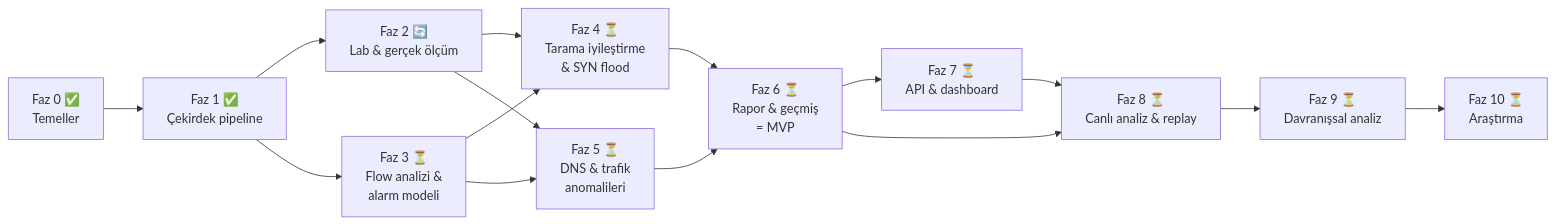
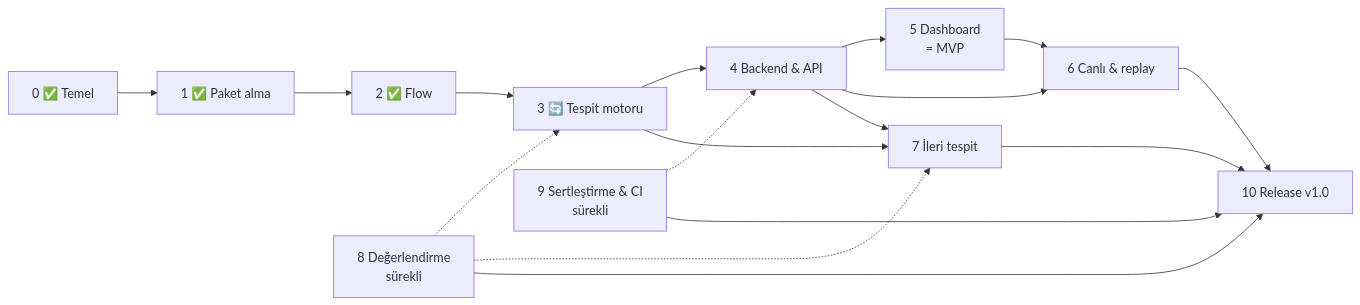
Before and after one commit to furkan-akkaya/NetGuard: the diagram in ROADMAP.md, drawn with Mermaid. The commit also changed other lines of this file and 14 other files, not shown here.

First line of the commit message:
docs: document v0.2.0 flows, readers and the restructured roadmap

````diff
--- a/ROADMAP.md
+++ b/ROADMAP.md
@@ -84,17 +69,19 @@
 ```mermaid
 flowchart LR
-    F0[Faz 0 ✅<br/>Temeller] --> F1[Faz 1 ✅<br/>Çekirdek pipeline]
-    F1 --> F2[Faz 2 🔄<br/>Lab & gerçek ölçüm]
-    F1 --> F3[Faz 3 ⏳<br/>Flow analizi &<br/>alarm modeli]
-    F2 --> F4
-    F3 --> F4[Faz 4 ⏳<br/>Tarama iyileştirme<br/>& SYN flood]
-    F3 --> F5[Faz 5 ⏳<br/>DNS & trafik<br/>anomalileri]
-    F2 --> F5
-    F4 --> F6[Faz 6 ⏳<br/>Rapor & geçmiş<br/>= MVP]
+    F0[0 ✅ Temel] --> F1[1 ✅ Paket alma]
+    F1 --> F2[2 ✅ Flow]
+    F2 --> F3[3 🔄 Tespit motoru]
+    F3 --> F4[4 Backend & API]
+    F4 --> F5[5 Dashboard<br/>= MVP]
+    F4 --> F6[6 Canlı & replay]
     F5 --> F6
-    F6 --> F7[Faz 7 ⏳<br/>API & dashboard]
-    F6 --> F8[Faz 8 ⏳<br/>Canlı analiz & replay]
-    F7 --> F8
-    F8 --> F9[Faz 9 ⏳<br/>Davranışsal analiz]
-    F9 --> F10[Faz 10 ⏳<br/>Araştırma]
+    F3 --> F7[7 İleri tespit]
+    F4 --> F7
+    F8[8 Değerlendirme<br/>sürekli] -.-> F3
+    F8 -.-> F7
+    F9[9 Sertleştirme & CI<br/>sürekli] -.-> F4
+    F6 --> F10[10 Release v1.0]
+    F7 --> F10
+    F8 --> F10
+    F9 --> F10
 ```
````
